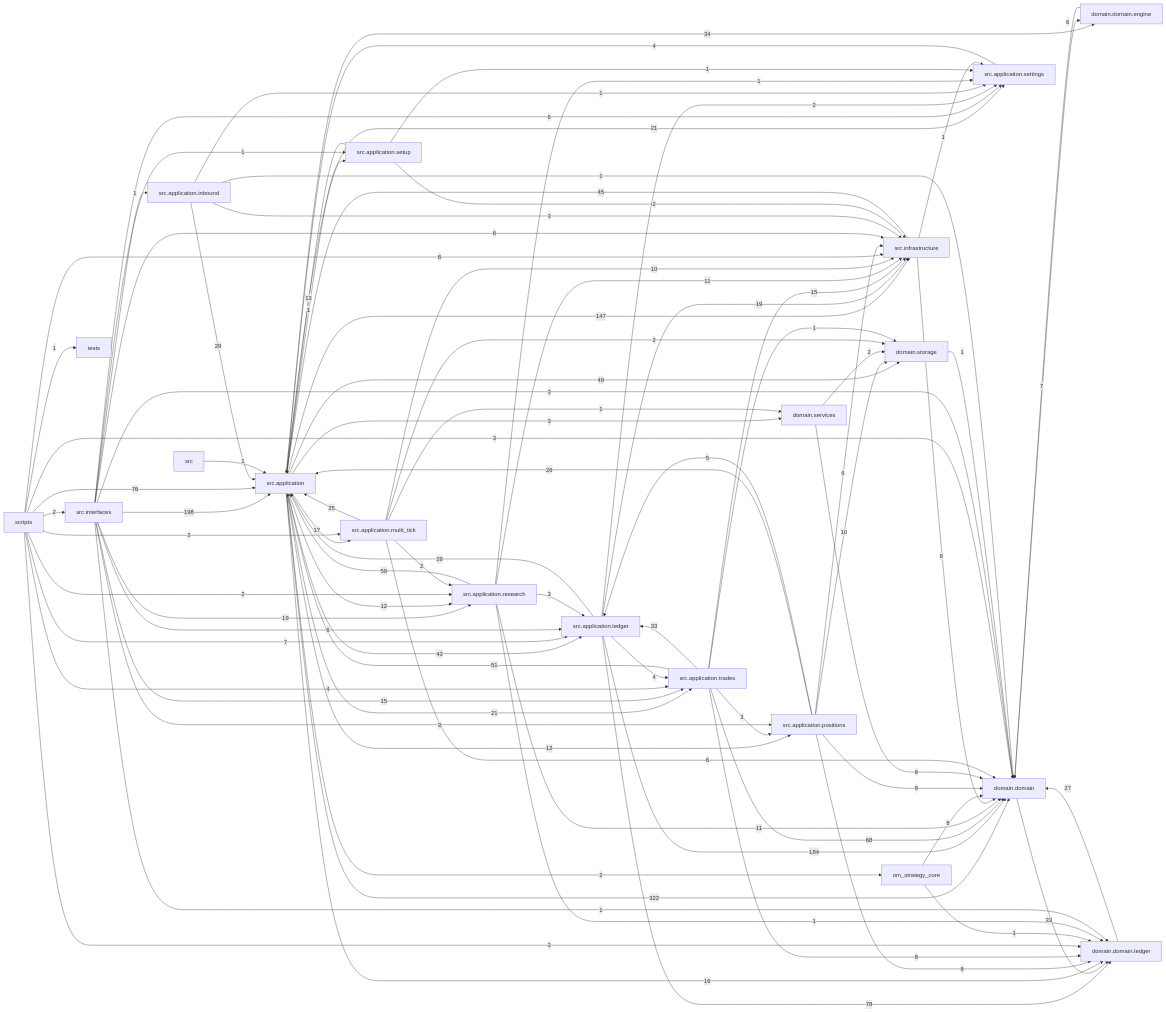
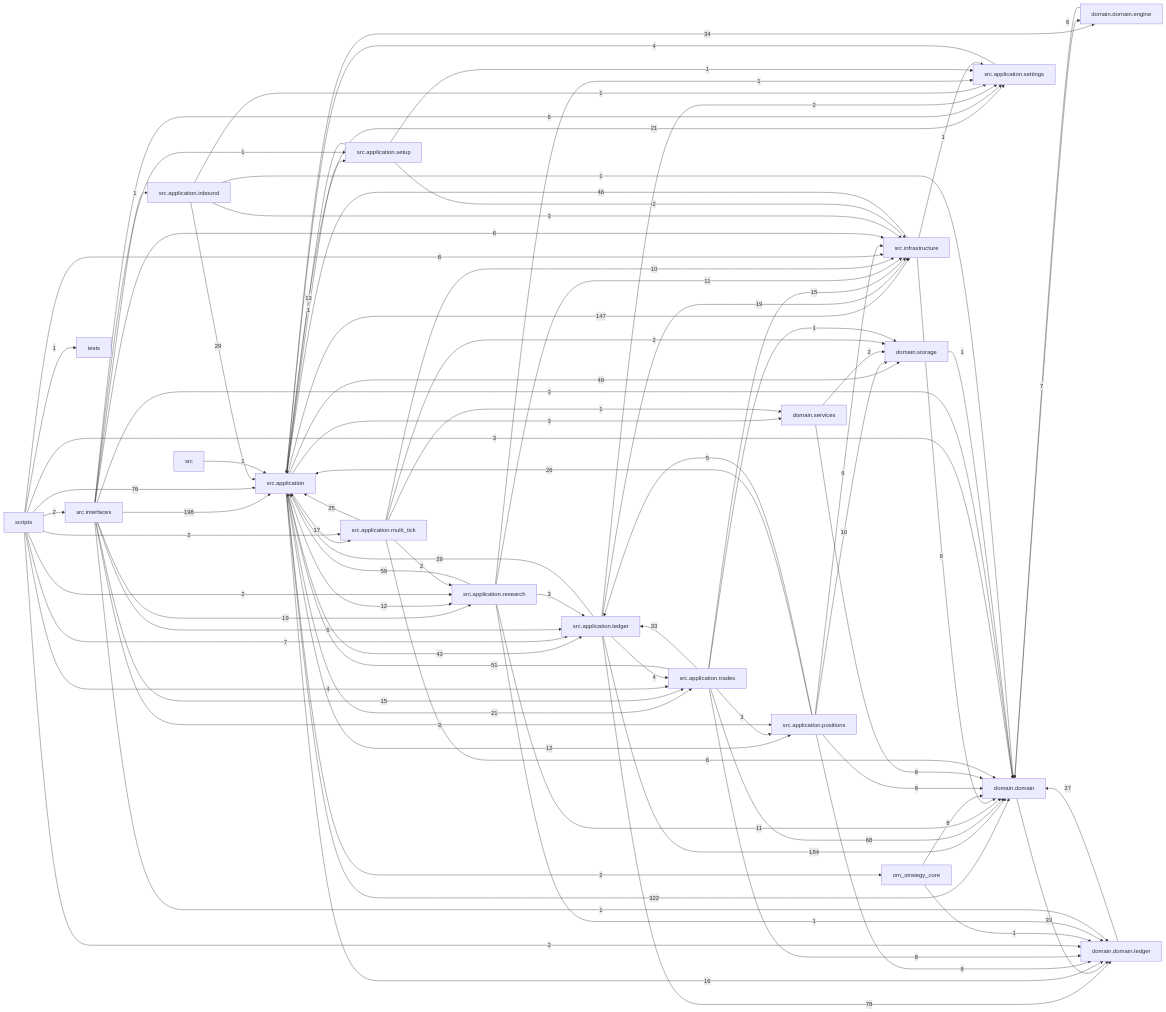
The diagram in docs/dependency_graph.mmd (liuxie066/options-monitor), drawn with Mermaid before and after one commit. The commit also changed 13 other files, not shown here.

```diff
--- a/docs/dependency_graph.mmd
+++ b/docs/dependency_graph.mmd
@@ -1,88 +1,88 @@
 flowchart LR
   src_application["src.application"] -->|322| domain_domain["domain.domain"]
   src_interfaces["src.interfaces"] -->|198| src_application["src.application"]
   src_application_ledger["src.application.ledger"] -->|184| domain_domain["domain.domain"]
   src_application["src.application"] -->|147| src_infrastructure["src.infrastructure"]
   src_application_ledger["src.application.ledger"] -->|78| domain_domain_ledger["domain.domain.ledger"]
   scripts["scripts"] -->|76| src_application["src.application"]
   src_application_trades["src.application.trades"] -->|68| domain_domain["domain.domain"]
   src_application_research["src.application.research"] -->|59| src_application["src.application"]
   src_application_trades["src.application.trades"] -->|51| src_application["src.application"]
   src_application["src.application"] -->|49| domain_storage["domain.storage"]
-  src_infrastructure["src.infrastructure"] -->|45| src_application["src.application"]
+  src_infrastructure["src.infrastructure"] -->|46| src_application["src.application"]
   src_application["src.application"] -->|43| src_application_ledger["src.application.ledger"]
   src_application["src.application"] -->|34| domain_domain_engine["domain.domain.engine"]
   domain_domain["domain.domain"] -->|33| domain_domain_ledger["domain.domain.ledger"]
   src_application_trades["src.application.trades"] -->|33| src_application_ledger["src.application.ledger"]
   src_application_inbound["src.application.inbound"] -->|29| src_application["src.application"]
   src_application_ledger["src.application.ledger"] -->|29| src_application["src.application"]
   domain_domain_ledger["domain.domain.ledger"] -->|27| domain_domain["domain.domain"]
   src_application_positions["src.application.positions"] -->|26| src_application["src.application"]
   src_application_multi_tick["src.application.multi_tick"] -->|25| src_application["src.application"]
   src_application["src.application"] -->|21| src_application_settings["src.application.settings"]
   src_application["src.application"] -->|21| src_application_trades["src.application.trades"]
   src_application_ledger["src.application.ledger"] -->|19| src_infrastructure["src.infrastructure"]
   src_interfaces["src.interfaces"] -->|19| src_application_research["src.application.research"]
   src_application["src.application"] -->|17| src_application_multi_tick["src.application.multi_tick"]
   src_application["src.application"] -->|16| domain_domain_ledger["domain.domain.ledger"]
   src_application_trades["src.application.trades"] -->|15| src_infrastructure["src.infrastructure"]
   src_interfaces["src.interfaces"] -->|15| src_application_trades["src.application.trades"]
   src_application_setup["src.application.setup"] -->|13| src_application["src.application"]
   src_application["src.application"] -->|12| src_application_positions["src.application.positions"]
   src_application["src.application"] -->|12| src_application_research["src.application.research"]
   src_application_research["src.application.research"] -->|11| domain_domain["domain.domain"]
   src_application_research["src.application.research"] -->|11| src_infrastructure["src.infrastructure"]
   src_application_multi_tick["src.application.multi_tick"] -->|10| src_infrastructure["src.infrastructure"]
   src_application_positions["src.application.positions"] -->|10| domain_storage["domain.storage"]
   src_infrastructure["src.infrastructure"] -->|9| domain_domain["domain.domain"]
   om_strategy_core["om_strategy_core"] -->|8| domain_domain["domain.domain"]
   scripts["scripts"] -->|8| src_infrastructure["src.infrastructure"]
   src_application_positions["src.application.positions"] -->|8| domain_domain["domain.domain"]
   src_application_positions["src.application.positions"] -->|8| domain_domain_ledger["domain.domain.ledger"]
   src_application_trades["src.application.trades"] -->|8| domain_domain_ledger["domain.domain.ledger"]
   domain_domain_engine["domain.domain.engine"] -->|7| domain_domain["domain.domain"]
   scripts["scripts"] -->|7| src_application_ledger["src.application.ledger"]
   domain_domain["domain.domain"] -->|6| domain_domain_engine["domain.domain.engine"]
   domain_services["domain.services"] -->|6| domain_domain["domain.domain"]
   src_application_multi_tick["src.application.multi_tick"] -->|6| domain_domain["domain.domain"]
   src_application_positions["src.application.positions"] -->|6| src_infrastructure["src.infrastructure"]
   src_interfaces["src.interfaces"] -->|6| src_application_ledger["src.application.ledger"]
   src_interfaces["src.interfaces"] -->|6| src_application_settings["src.application.settings"]
   src_interfaces["src.interfaces"] -->|6| src_infrastructure["src.infrastructure"]
   src_application_positions["src.application.positions"] -->|5| src_application_ledger["src.application.ledger"]
   scripts["scripts"] -->|4| src_application_trades["src.application.trades"]
   src_application_ledger["src.application.ledger"] -->|4| src_application_trades["src.application.trades"]
   src_application_settings["src.application.settings"] -->|4| src_application["src.application"]
   scripts["scripts"] -->|3| domain_domain["domain.domain"]
   src_application["src.application"] -->|3| domain_services["domain.services"]
   src_application_inbound["src.application.inbound"] -->|3| src_infrastructure["src.infrastructure"]
   src_application_research["src.application.research"] -->|3| src_application_ledger["src.application.ledger"]
   src_application_trades["src.application.trades"] -->|3| src_application_positions["src.application.positions"]
   src_interfaces["src.interfaces"] -->|3| domain_domain["domain.domain"]
   src_interfaces["src.interfaces"] -->|3| src_application_positions["src.application.positions"]
   domain_services["domain.services"] -->|2| domain_storage["domain.storage"]
   scripts["scripts"] -->|2| domain_domain_ledger["domain.domain.ledger"]
   scripts["scripts"] -->|2| src_application_multi_tick["src.application.multi_tick"]
   scripts["scripts"] -->|2| src_application_research["src.application.research"]
   scripts["scripts"] -->|2| src_interfaces["src.interfaces"]
   src_application["src.application"] -->|2| om_strategy_core["om_strategy_core"]
   src_application_ledger["src.application.ledger"] -->|2| src_application_settings["src.application.settings"]
   src_application_multi_tick["src.application.multi_tick"] -->|2| domain_storage["domain.storage"]
   src_application_multi_tick["src.application.multi_tick"] -->|2| src_application_research["src.application.research"]
   src_application_setup["src.application.setup"] -->|2| src_infrastructure["src.infrastructure"]
   domain_storage["domain.storage"] -->|1| domain_domain["domain.domain"]
   om_strategy_core["om_strategy_core"] -->|1| domain_domain_ledger["domain.domain.ledger"]
   scripts["scripts"] -->|1| tests["tests"]
   src["src"] -->|1| src_application["src.application"]
   src_application["src.application"] -->|1| src_application_setup["src.application.setup"]
   src_application_inbound["src.application.inbound"] -->|1| domain_domain["domain.domain"]
   src_application_inbound["src.application.inbound"] -->|1| src_application_settings["src.application.settings"]
   src_application_multi_tick["src.application.multi_tick"] -->|1| domain_services["domain.services"]
   src_application_research["src.application.research"] -->|1| domain_domain_ledger["domain.domain.ledger"]
   src_application_research["src.application.research"] -->|1| src_application_settings["src.application.settings"]
   src_application_setup["src.application.setup"] -->|1| src_application_settings["src.application.settings"]
   src_application_trades["src.application.trades"] -->|1| domain_storage["domain.storage"]
   src_infrastructure["src.infrastructure"] -->|1| src_application_settings["src.application.settings"]
   src_interfaces["src.interfaces"] -->|1| domain_domain_ledger["domain.domain.ledger"]
   src_interfaces["src.interfaces"] -->|1| src_application_inbound["src.application.inbound"]
   src_interfaces["src.interfaces"] -->|1| src_application_setup["src.application.setup"]
```
